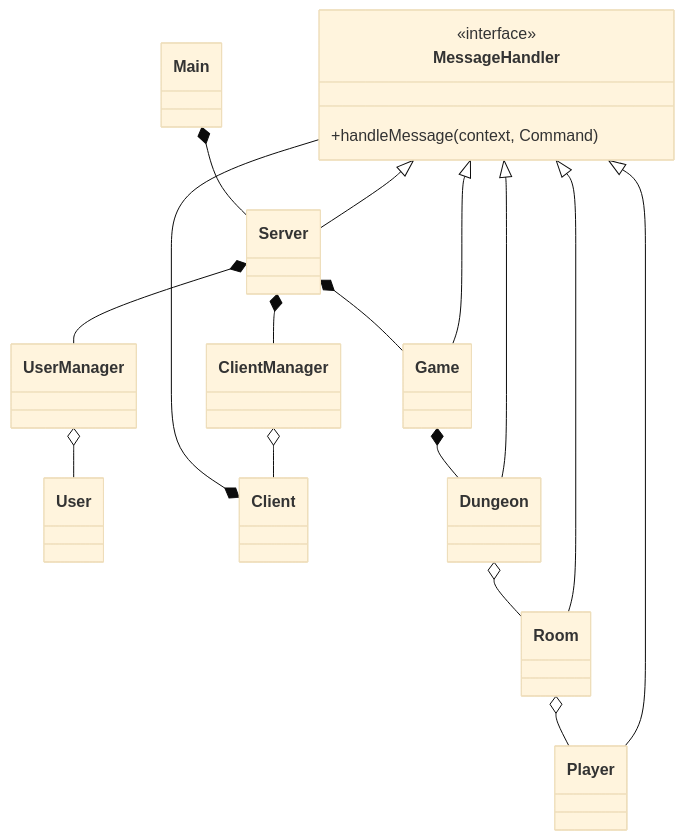
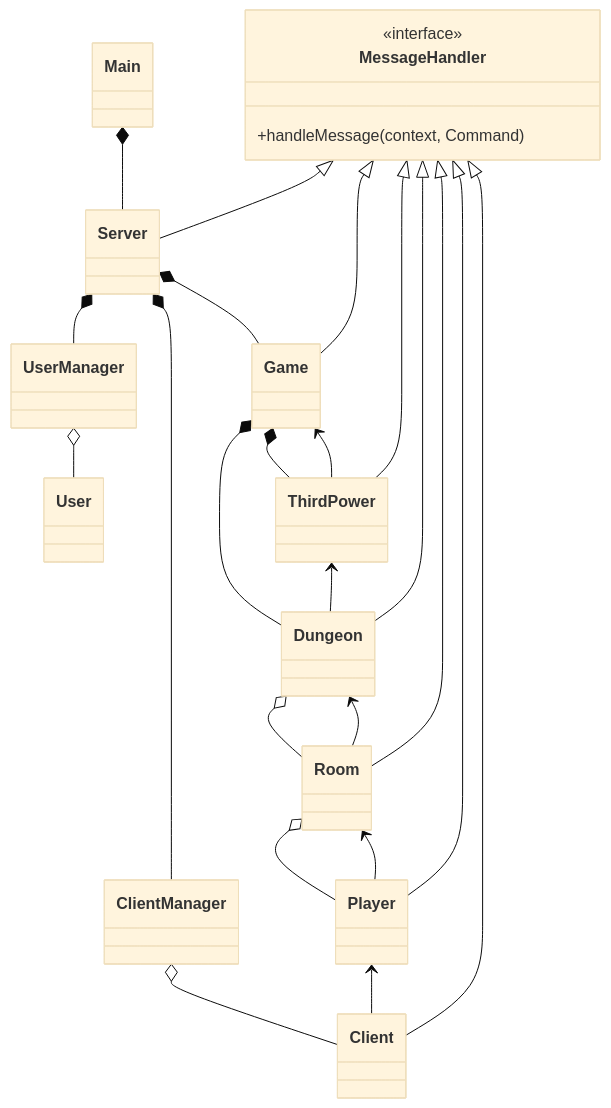
One commit to GeenDutchman/LHF-MUD changed the first of 2 diagrams in gameserver/src/main/java/com/lhf/server/serverDesign.md. Above: the diagram before and after it, drawn with Mermaid (base theme).

Commit message:
Another step in the design

````diff
--- a/gameserver/src/main/java/com/lhf/server/serverDesign.md
+++ b/gameserver/src/main/java/com/lhf/server/serverDesign.md
@@ -1,42 +1,51 @@
 ```mermaid
 classDiagram
     class MessageHandler
     <<interface>> MessageHandler
     MessageHandler: +handleMessage(context, Command)
     class Main
     class Server
     class UserManager
     class User
     class ClientManager
     class Client
     class Game
+    class ThirdPower
     class Dungeon
     class Room
-    class Player
-
-    MessageHandler <|-- Player
-    MessageHandler <|-- Room
-    MessageHandler <|-- Dungeon
-    MessageHandler <|-- Game
-    MessageHandler <|-- Server
-    
+    class Player   
     
 
     Main *-- Server
 
     Server *-- UserManager
     Server *-- ClientManager
     Server *-- Game
 
     ClientManager o-- Client
 
-    Client *-- MessageHandler
+    UserManager o-- User
 
-    UserManager o-- User
+    Game *-- ThirdPower
 
     Game *-- Dungeon
 
     Dungeon o-- Room
 
     Room o-- Player
+
+    Player <-- Client
+    Room <-- Player
+    Dungeon <-- Room
+    ThirdPower <-- Dungeon
+    Game <-- ThirdPower
+
+    MessageHandler <|-- Player
+    MessageHandler <|-- Room
+    MessageHandler <|-- Dungeon
+    MessageHandler <|-- ThirdPower
+    MessageHandler <|-- Game
+    MessageHandler <|-- Server
+    MessageHandler <|-- Client
+
 ```
````
